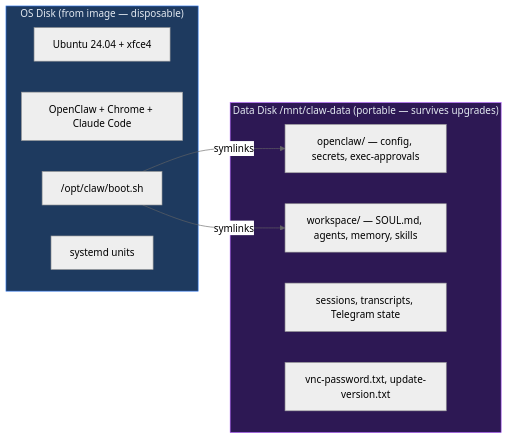
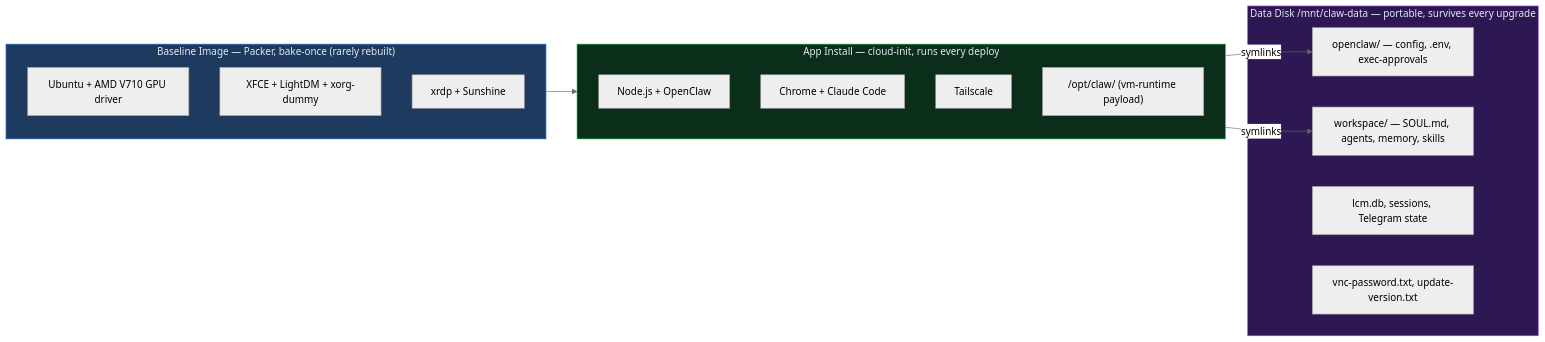
The first of 4 diagrams in README.md (logan-robbins/openclaups), drawn with Mermaid (neutral theme) before and after one commit. The commit also changed other lines of this file and 1 other file, not shown here.

First line of the commit message:
docs: refresh README and CLAUDE.md as a three-layer runbook

````diff
--- a/README.md
+++ b/README.md
@@ -26,22 +28,30 @@
 ```mermaid
 graph LR
-    subgraph IMAGE["OS Disk (from image — disposable)"]
-        OS[Ubuntu 24.04 + xfce4]
-        OC[OpenClaw + Chrome + Claude Code]
-        BOOT["/opt/claw/boot.sh"]
-        UNITS[systemd units]
+    subgraph BASELINE["Baseline Image — Packer, bake-once (rarely rebuilt)"]
+        B_OS[Ubuntu + AMD V710 GPU driver]
+        B_DE[XFCE + LightDM + xorg-dummy]
+        B_REM[xrdp + Sunshine]
     end
 
-    subgraph DATA["Data Disk /mnt/claw-data (portable — survives upgrades)"]
-        CONFIG["openclaw/ — config, secrets, exec-approvals"]
-        WS["workspace/ — SOUL.md, agents, memory, skills"]
-        STATE["sessions, transcripts, Telegram state"]
-        VNC["vnc-password.txt, update-version.txt"]
+    subgraph APP["App Install — cloud-init, runs every deploy"]
+        A_NODE[Node.js + OpenClaw]
+        A_BROW[Chrome + Claude Code]
+        A_TS[Tailscale]
+        A_PAYLOAD["/opt/claw/ (vm-runtime payload)"]
     end
 
-    BOOT -->|"symlinks"| CONFIG
-    BOOT -->|"symlinks"| WS
+    subgraph DATA["Data Disk /mnt/claw-data — portable, survives every upgrade"]
+        CONFIG["openclaw/ — config, .env, exec-approvals"]
+        WS["workspace/ — SOUL.md, agents, memory, skills"]
+        STATE["lcm.db, sessions, Telegram state"]
+        PW["vnc-password.txt, update-version.txt"]
+    end
 
-    style IMAGE fill:#1e3a5f,stroke:#3b82f6,color:#e2e8f0
+    BASELINE --> APP
+    APP -->|"symlinks"| CONFIG
+    APP -->|"symlinks"| WS
+
+    style BASELINE fill:#1e3a5f,stroke:#3b82f6,color:#e2e8f0
+    style APP fill:#0a2e1a,stroke:#22c55e,color:#e2e8f0
     style DATA fill:#2d1854,stroke:#a855f7,color:#e2e8f0
 ```
````
